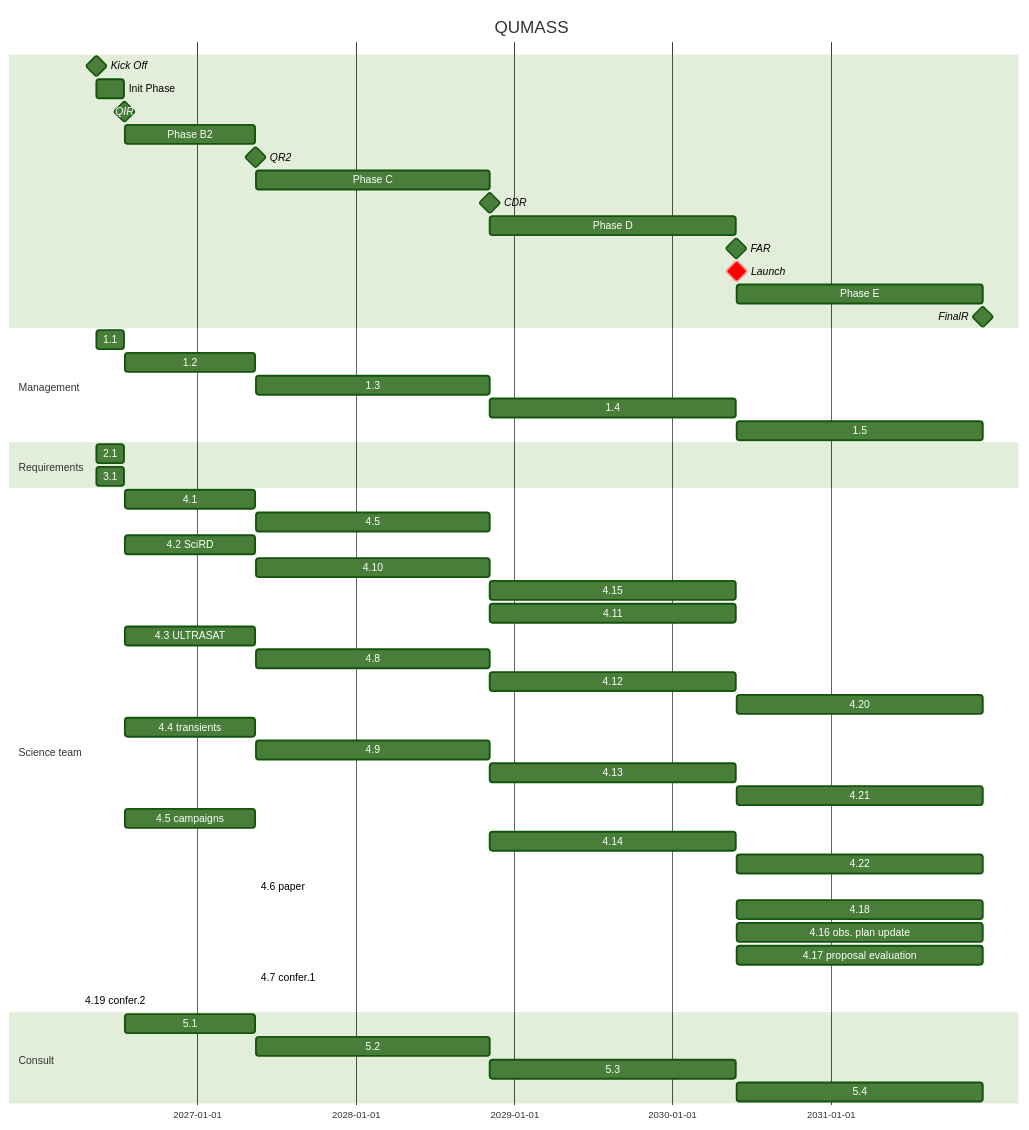
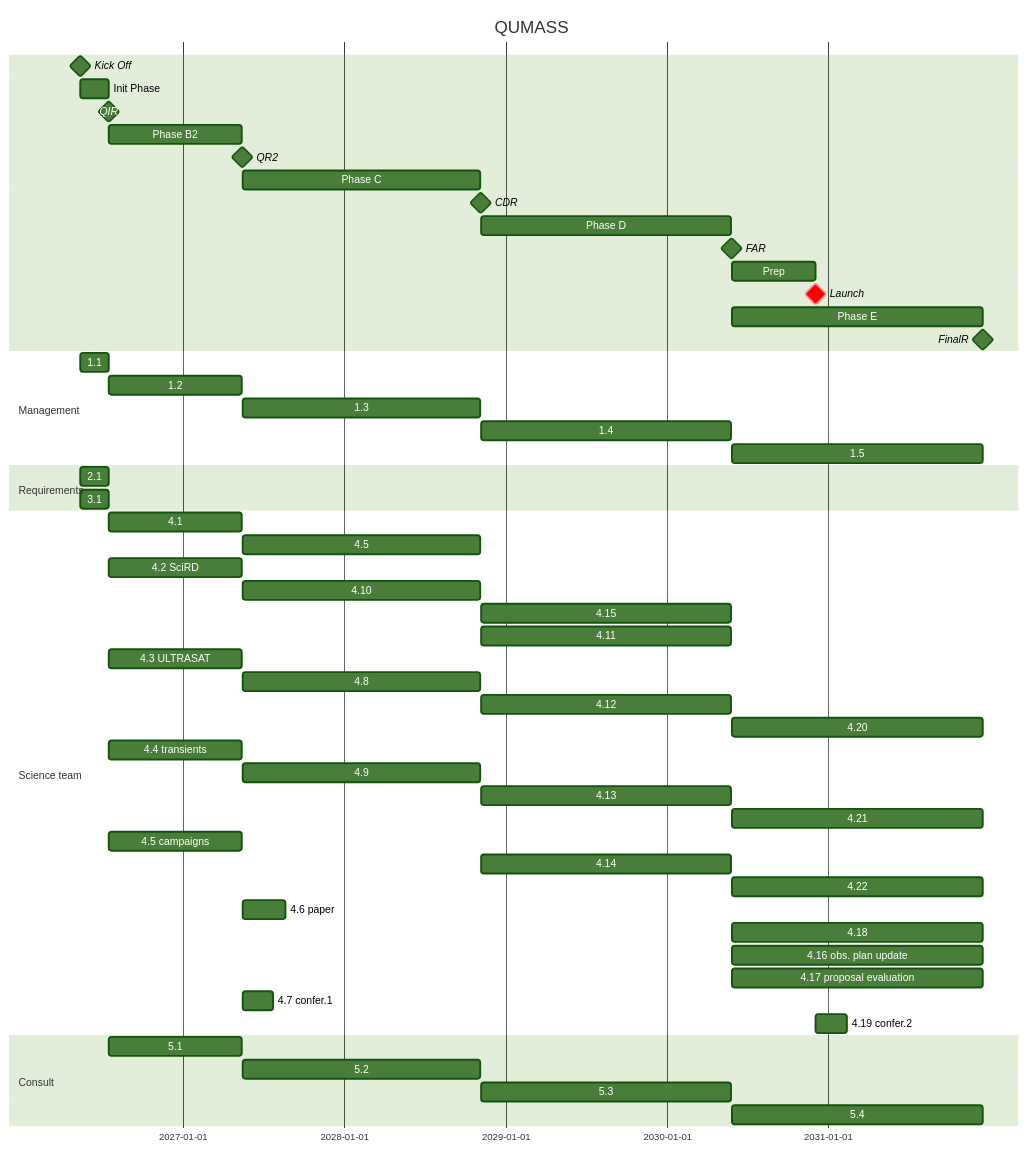
The diagram in calib/Science.md (limu007/quvik), drawn with Mermaid (forest theme) before and after one commit.

Commit message:
Update timeline durations in Science.md

````diff
--- a/calib/Science.md
+++ b/calib/Science.md
@@ -1,57 +1,58 @@
 ```mermaid
 gantt
     title QUMASS
     dateFormat  YYYY-MM-DD
     Kick Off : milestone, ko, 2026-05-14, 1d
     Init Phase : b1, after ko, 9w
     QIR : milestone, ir, after b1, 1d
     Phase B2 : b2, after ir, 43w
     QR2 : milestone, pdr, after b2, 1d
     Phase C : c1, after pdr, 77w
     CDR : milestone, cdr, after c1, 1d
     Phase D : d1, after cdr, 81w
     FAR : milestone, far, after d1, 1d
-    Launch : crit, milestone, frr, after far + 6m, 1d
+    Prep : prep, after far, 27w
+    Launch : crit, milestone, frr, after prep, 1d
     Phase E : e1, after far, 81w
     FinalR : milestone, fr, after e1, 1d
 
     section Management
     1.1 : after ko, until ir
     1.2 : after ir, until pdr
     1.3 : after pdr, until cdr
     1.4 : after cdr, until far
     1.5 : after far, until fr
     section Requirements
     2.1 : after ko, until ir
     3.1 : after ko, until ir
     section Science team
     4.1 : after ir, until pdr
     4.5 : after pdr, until cdr
     4.2 SciRD : after ir, until pdr
     4.10 : after pdr, until cdr
     4.15 : after cdr, until far
     4.11 : after cdr, until far
     4.3 ULTRASAT : after ir, until pdr
     4.8 : after pdr, until cdr
     4.12 : after cdr, until far
     4.20 : after far, until fr
     4.4 transients : after ir, until pdr
     4.9 : after pdr, until cdr
     4.13 : after cdr, until far
     4.21 : after far, until fr
     4.5 campaigns : after ir, until pdr
     4.14 : after cdr, until far
     4.22 : after far, until fr
-    4.6 paper : after pdr, 3m
+    4.6 paper : after pdr, 14w
     4.18 : after far, until fr
     4.16 obs. plan update : after far, until fr
     4.17 proposal evaluation : after far, until fr
-    4.7 confer.1 : after pdr, 2m
-    4.19 confer.2 : after launch, 2m
+    4.7 confer.1 : after pdr, 10w
+    4.19 confer.2 : after frr, 10w
     section Consult
     5.1 : after ir, until pdr
     5.2 : after pdr, until cdr
     5.3 : after cdr, until far
     5.4 : after far, until fr
 
 ```
````
